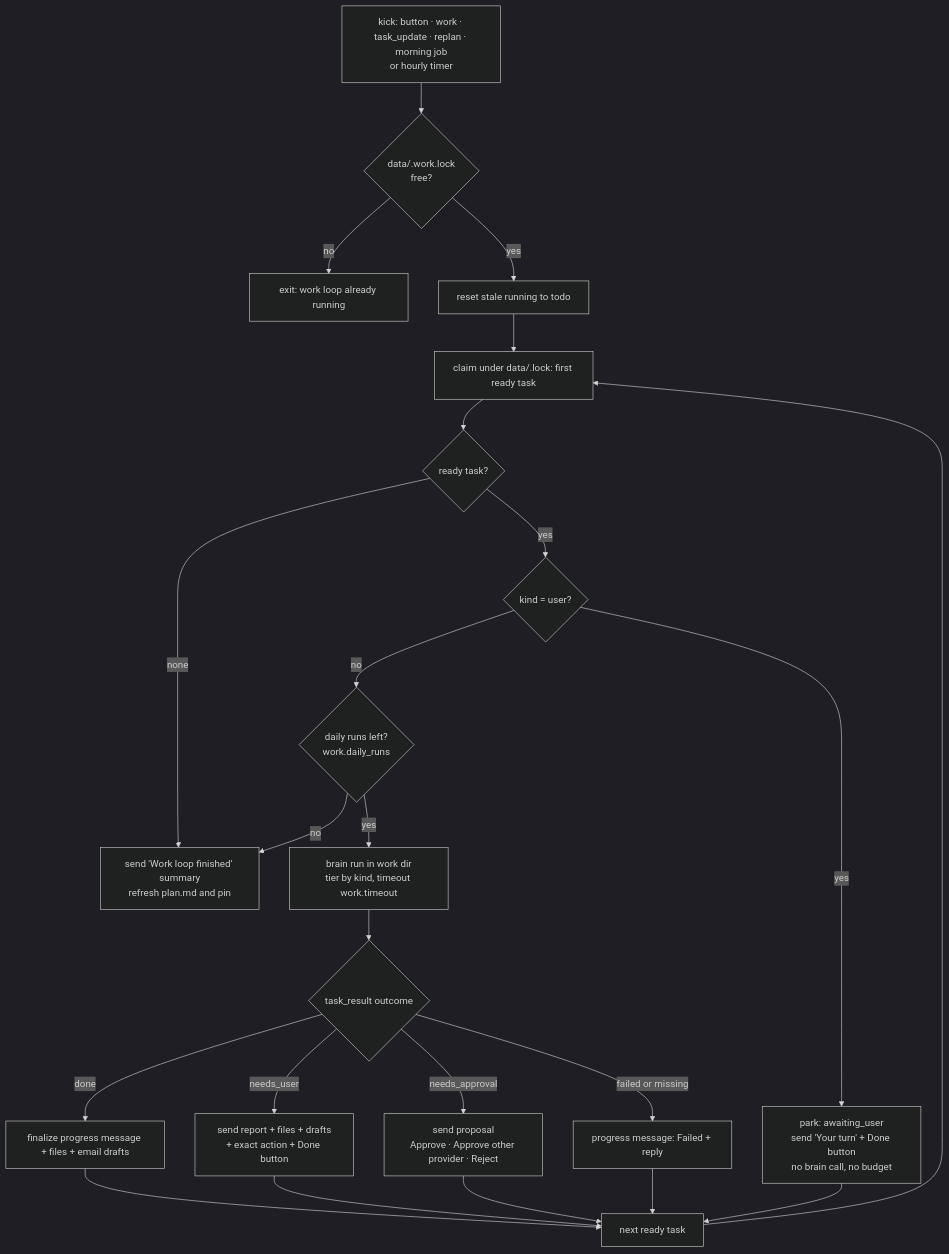
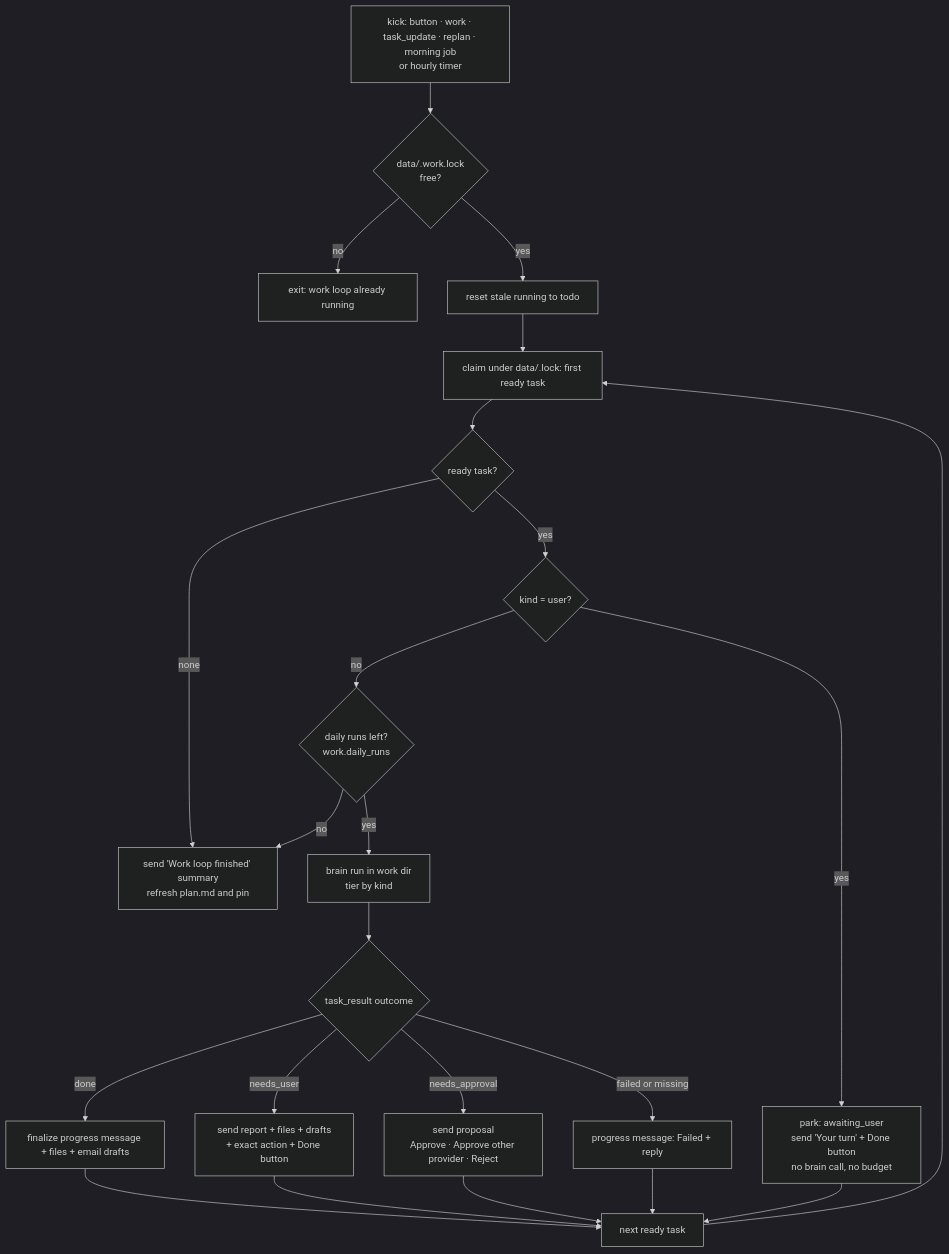
The tenth of 19 diagrams in docs/ARCHITECTURE.md (vovka/mentor-bot), drawn with Mermaid (dark theme) before and after one commit. The commit also changed other lines of this file and 15 other files, not shown here.

````diff
--- a/docs/ARCHITECTURE.md
+++ b/docs/ARCHITECTURE.md
@@ -246,22 +246,22 @@
 ```mermaid
 flowchart TB
   K["kick: button · work · task_update · replan · morning job<br/>or hourly timer"] --> LK{"data/.work.lock<br/>free?"}
   LK -- no --> EX["exit: work loop already running"]
   LK -- yes --> RS["reset stale running to todo"] --> CL
   CL["claim under data/.lock: first ready task"] --> RD{"ready task?"}
   RD -- none --> FIN
   RD -- yes --> UT{"kind = user?"}
   UT -- yes --> PK["park: awaiting_user<br/>send 'Your turn' + Done button<br/>no brain call, no budget"]
   UT -- no --> BG{"daily runs left?<br/>work.daily_runs"}
   BG -- no --> FIN
-  BG -- yes --> BR["brain run in work dir<br/>tier by kind, timeout work.timeout"]
+  BG -- yes --> BR["brain run in work dir<br/>tier by kind"]
   BR --> OC{"task_result outcome"}
   OC -- done --> T1["finalize progress message + files + email drafts"]
   OC -- needs_user --> T2["send report + files + drafts<br/>+ exact action + Done button"]
   OC -- needs_approval --> T3["send proposal<br/>Approve · Approve other provider · Reject"]
   OC -- "failed or missing" --> T4["progress message: Failed + reply"]
   T1 & T2 & T3 & T4 --> NX[next ready task]
   PK --> NX
   NX --> CL
   FIN["send 'Work loop finished' summary<br/>refresh plan.md and pin"]
 ```
````
